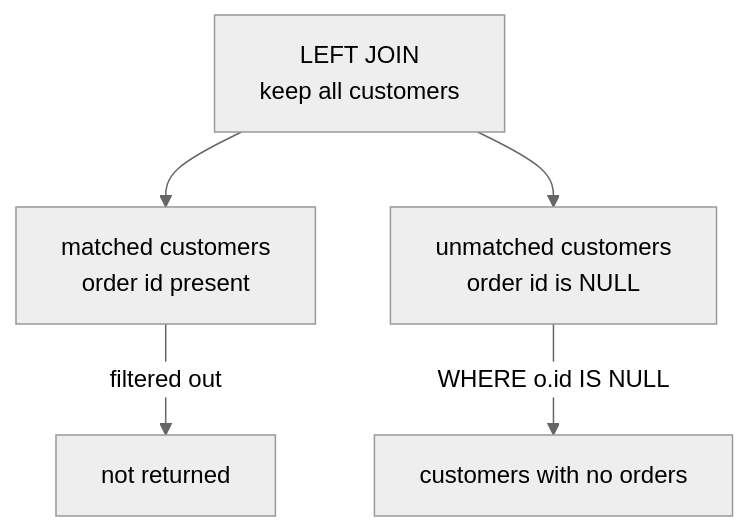
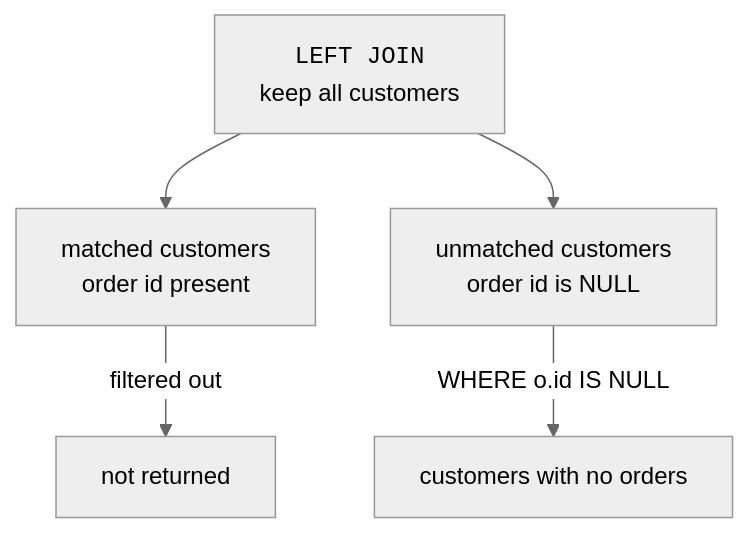
One commit to dataslope/dataslope changed the third of 4 diagrams in content/learn/sqlite-for-beginners/outer-joins.mdx. Above: the diagram before and after it, drawn with Mermaid (neutral theme). The commit also changed other lines of this file and 56 other files, not shown here.

````diff
--- a/content/learn/sqlite-for-beginners/outer-joins.mdx
+++ b/content/learn/sqlite-for-beginners/outer-joins.mdx
@@ -115,7 +115,7 @@
 ```mermaid
 flowchart TB
-    A["LEFT JOIN<br/>keep all customers"] --> B["matched customers<br/>order id present"]
+    A["<code>LEFT JOIN</code><br/>keep all customers"] --> B["matched customers<br/>order id present"]
     A --> C["unmatched customers<br/>order id is NULL"]
     C -->|"WHERE o.id IS NULL"| D["customers with no orders"]
     B -->|"filtered out"| X["not returned"]
 ```
````
